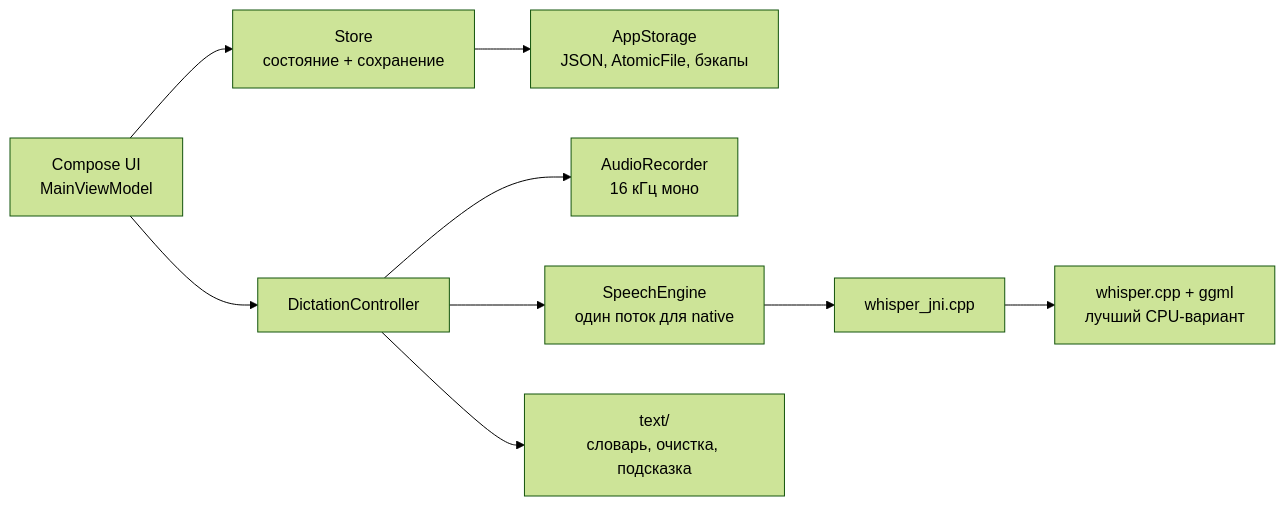
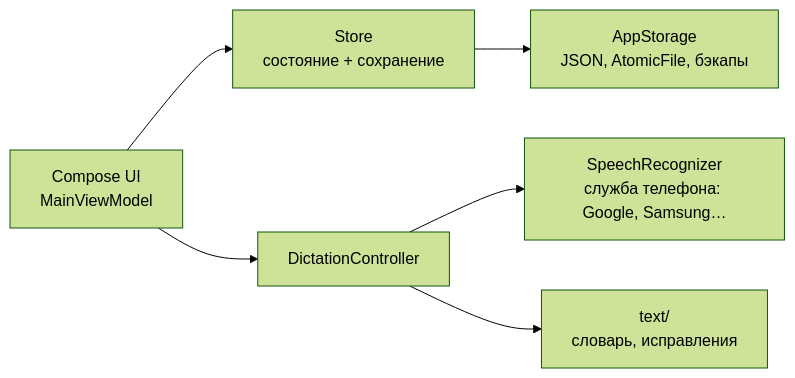
Before and after one commit to Keavors/TaskOrginizer: the diagram in docs/ARCHITECTURE.md, drawn with Mermaid (forest theme). The commit also changed other lines of this file and 30 other files, not shown here.

First line of the commit message:
Replace Whisper with the phone's built-in speech recognition

````diff
--- a/docs/ARCHITECTURE.md
+++ b/docs/ARCHITECTURE.md
@@ -5,10 +5,8 @@
 ```mermaid
 flowchart LR
   UI["Compose UI<br/>MainViewModel"] --> Store["Store<br/>состояние + сохранение"]
   Store --> Disk["AppStorage<br/>JSON, AtomicFile, бэкапы"]
   UI --> Dict["DictationController"]
-  Dict --> Rec["AudioRecorder<br/>16 кГц моно"]
-  Dict --> Engine["SpeechEngine<br/>один поток для native"]
-  Engine --> JNI["whisper_jni.cpp"] --> W["whisper.cpp + ggml<br/>лучший CPU-вариант"]
-  Dict --> Text["text/<br/>словарь, очистка, подсказка"]
+  Dict --> SR["SpeechRecognizer<br/>служба телефона: Google, Samsung…"]
+  Dict --> Text["text/<br/>словарь, исправления"]
 ```
````
